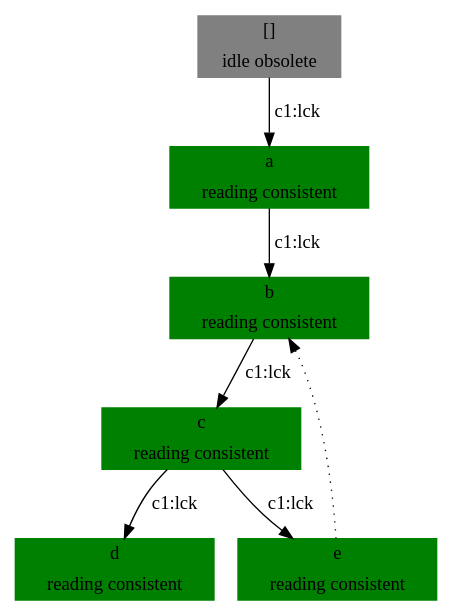
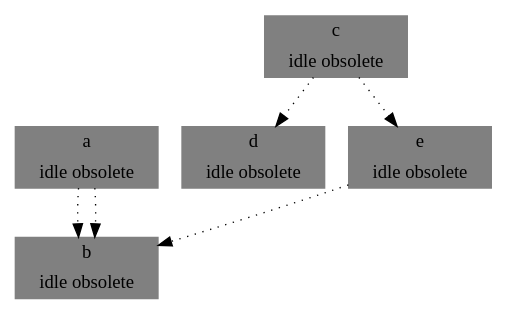
Before and after one commit to pdt-git/public: the diagram in pdt.runtime/library/pdt/builder/targets.dot, drawn with Graphviz. The commit also changed 6 other files, not shown here.

```diff
--- a/pdt.runtime/library/pdt/builder/targets.dot
+++ b/pdt.runtime/library/pdt/builder/targets.dot
@@ -1,15 +1,13 @@
 digraph G {
 node [style=filled,shape = "record"]
-"[]" [label="{[] | idle obsolete}", color=gray]
-"a" [label="{a | reading consistent}", color=green]
-"b" [label="{b | reading consistent}", color=green]
-"c" [label="{c | reading consistent}", color=green]
-"d" [label="{d | reading consistent}", color=green]
-"e" [label="{e | reading consistent}", color=green]
+"a" [label="{a | idle obsolete}", color=gray]
+"b" [label="{b | idle obsolete}", color=gray]
+"c" [label="{c | idle obsolete}", color=gray]
+"d" [label="{d | idle obsolete}", color=gray]
+"e" [label="{e | idle obsolete}", color=gray]
+"a" -> "b" [style=dotted]
+"a" -> "b" [style=dotted]
 "e" -> "b" [style=dotted]
-"c" -> "d" [style=solid,label="c1:lck"]
-"a" -> "b" [style=solid,label="c1:lck"]
-"b" -> "c" [style=solid,label="c1:lck"]
-"c" -> "e" [style=solid,label="c1:lck"]
-"[]" -> "a" [style=solid,label="c1:lck"]
+"c" -> "e" [style=dotted]
+"c" -> "d" [style=dotted]
 }
```
